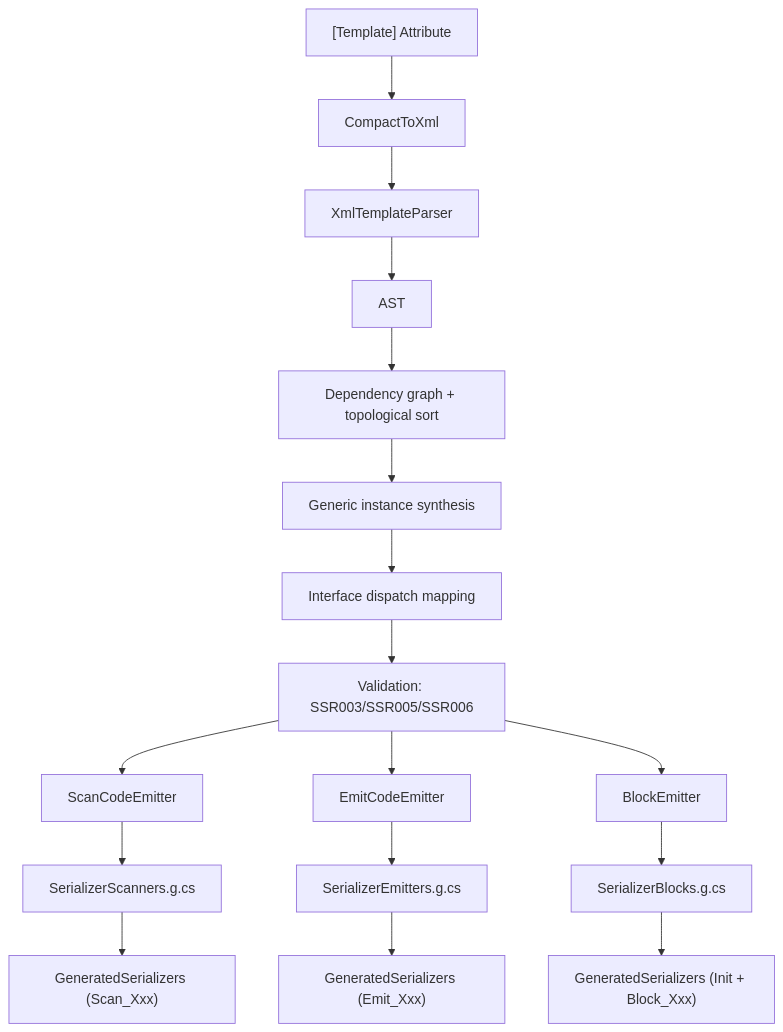
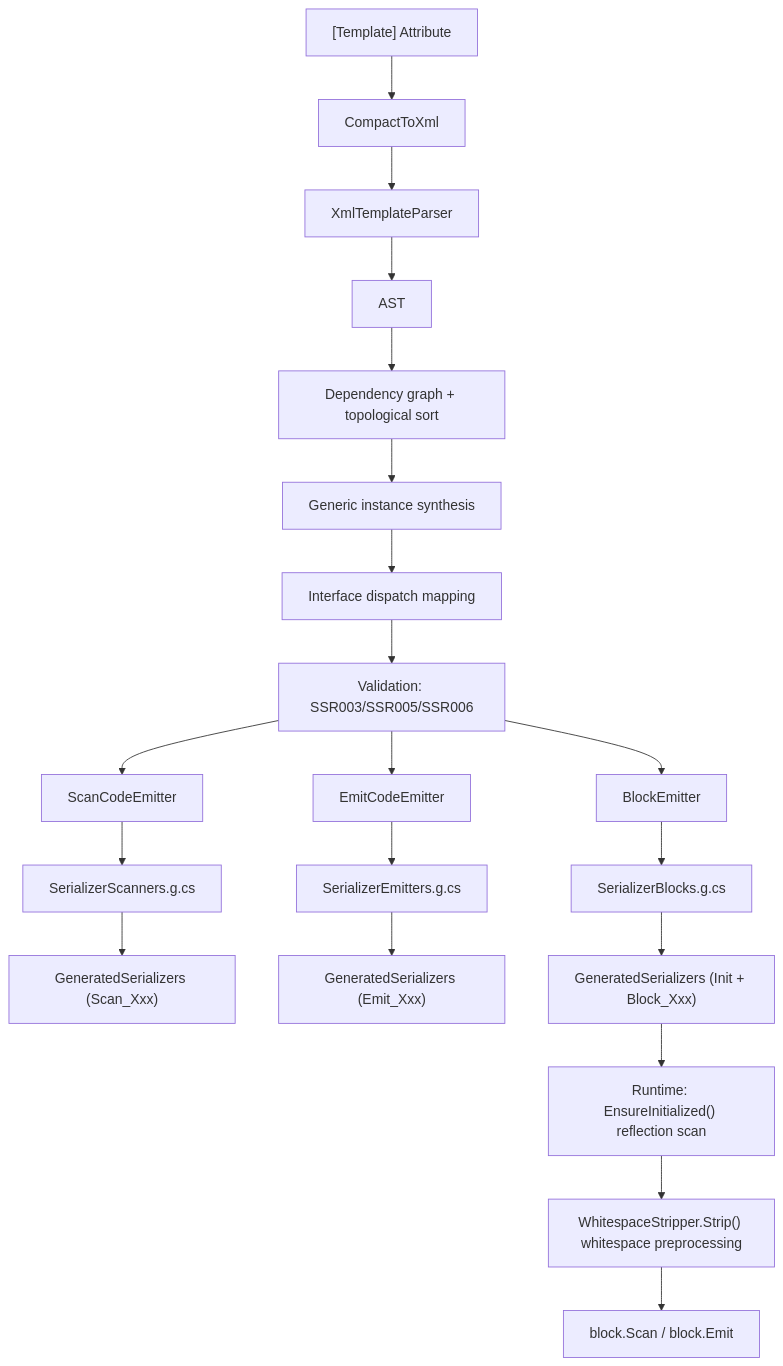
The diagram in docs/en/technical/pipeline/overview.md (twds0x13/SourceSerializer), drawn with Mermaid before and after one commit. The commit also changed other lines of this file and 8 other files, not shown here.

````diff
--- a/docs/en/technical/pipeline/overview.md
+++ b/docs/en/technical/pipeline/overview.md
@@ -7,19 +7,22 @@
 ```mermaid
 flowchart TD
     A["[Template] Attribute"] --> B[CompactToXml]
     B --> C[XmlTemplateParser]
     C --> D[AST]
     D --> E[Dependency graph + topological sort]
     E --> F[Generic instance synthesis]
     F --> G[Interface dispatch mapping]
     G --> H[Validation: SSR003/SSR005/SSR006]
     H --> I[ScanCodeEmitter]
     H --> J[EmitCodeEmitter]
     H --> K[BlockEmitter]
     I --> L[SerializerScanners.g.cs]
     J --> M[SerializerEmitters.g.cs]
     K --> N[SerializerBlocks.g.cs]
     L --> O["GeneratedSerializers (Scan_Xxx)"]
     M --> P["GeneratedSerializers (Emit_Xxx)"]
     N --> Q["GeneratedSerializers (Init + Block_Xxx)"]
+    Q --> R["Runtime: EnsureInitialized() reflection scan"]
+    R --> S["WhitespaceStripper.Strip() whitespace preprocessing"]
+    S --> T["block.Scan / block.Emit"]
 ```
````
